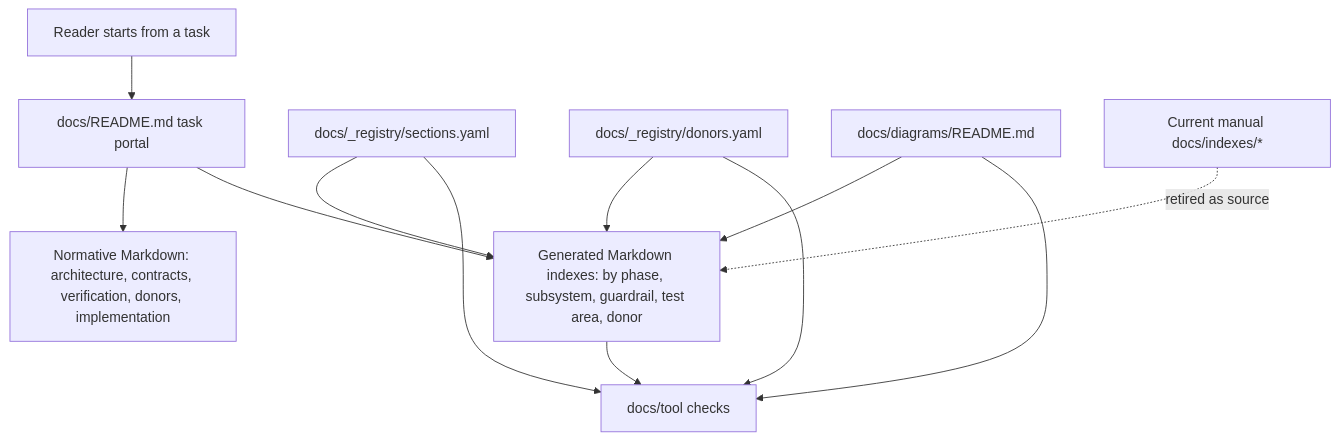
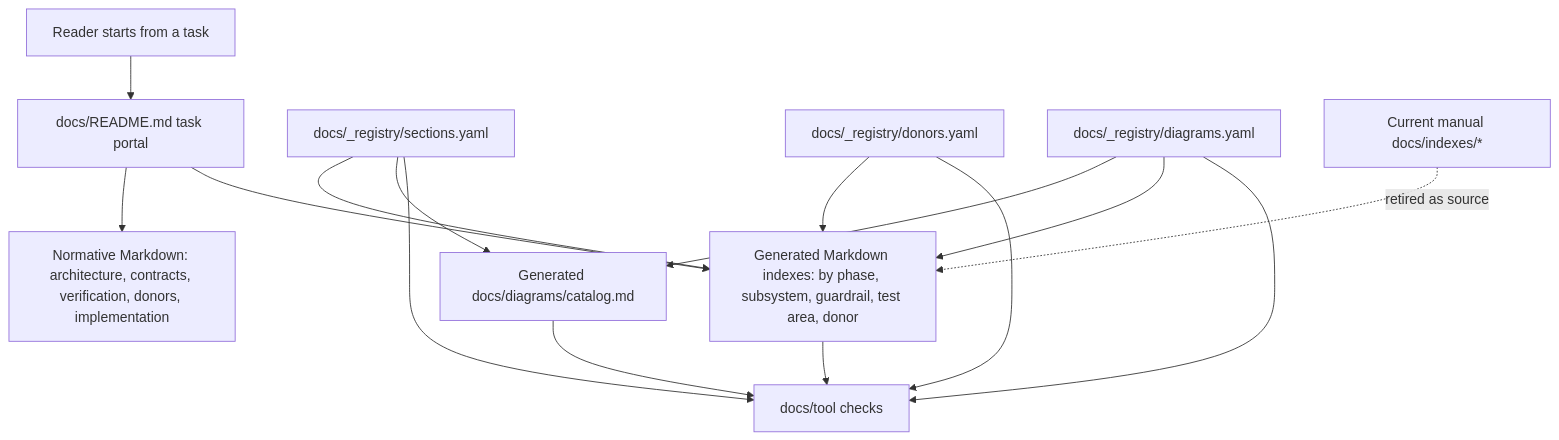
One commit to GreatPika/iwb_canvas_engine changed the second of 3 diagrams in .design/2026-05-22-docs-documentation-portal.md. Above: the diagram before and after it, drawn with Mermaid. The commit also changed other lines of this file, not shown here.

````diff
--- a/.design/2026-05-22-docs-documentation-portal.md
+++ b/.design/2026-05-22-docs-documentation-portal.md
@@ -175,24 +240,28 @@
 ```mermaid
 flowchart TD
   Reader["Reader starts from a task"]
   Portal["docs/README.md task portal"]
   NormativeDocs["Normative Markdown: architecture, contracts, verification, donors, implementation"]
   SectionRegistry["docs/_registry/sections.yaml"]
   DonorRegistry["docs/_registry/donors.yaml"]
-  DiagramCatalog["docs/diagrams/README.md"]
+  DiagramRegistry["docs/_registry/diagrams.yaml"]
+  DiagramCatalog["Generated docs/diagrams/catalog.md"]
   GeneratedIndexes["Generated Markdown indexes: by phase, subsystem, guardrail, test area, donor"]
   DocsChecks["docs/tool checks"]
   ManualIndexes["Current manual docs/indexes/*"]
 
   Reader --> Portal
   Portal --> NormativeDocs
   Portal --> GeneratedIndexes
   SectionRegistry --> GeneratedIndexes
   DonorRegistry --> GeneratedIndexes
-  DiagramCatalog --> GeneratedIndexes
+  DiagramRegistry --> DiagramCatalog
+  SectionRegistry --> DiagramCatalog
+  DiagramRegistry --> GeneratedIndexes
   SectionRegistry --> DocsChecks
   DonorRegistry --> DocsChecks
+  DiagramRegistry --> DocsChecks
   DiagramCatalog --> DocsChecks
   GeneratedIndexes --> DocsChecks
   ManualIndexes -. retired as source .-> GeneratedIndexes
 ```
````
